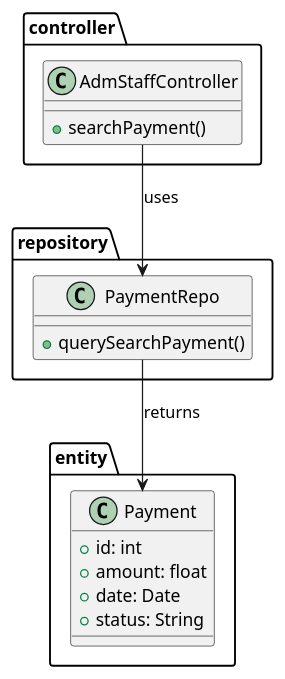
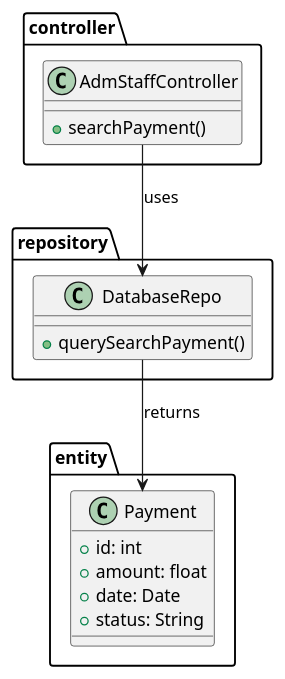
The diagram in SWD392/class_diagrams/44_search_payment.puml (iamSlightlyWind/Legacy), drawn with PlantUML before and after one commit. The commit also changed 34 other files, not shown here.

Commit message:
SWD392: Class Diagrams: Fixed Code Package missmatch

```diff
--- a/SWD392/class_diagrams/44_search_payment.puml
+++ b/SWD392/class_diagrams/44_search_payment.puml
@@ -1,25 +1,25 @@
 @startuml
 package controller {
     class AdmStaffController {
         +searchPayment()
     }
 }
 
 package repository {
-    class PaymentRepo {
+    class DatabaseRepo {
         +querySearchPayment()
     }
 }
 
 package entity {
     class Payment {
         +id: int
         +amount: float
         +date: Date
         +status: String
     }
 }
 
-AdmStaffController --> PaymentRepo : uses
-PaymentRepo --> Payment : returns
+AdmStaffController --> DatabaseRepo : uses
+DatabaseRepo --> Payment : returns
 @enduml
```
